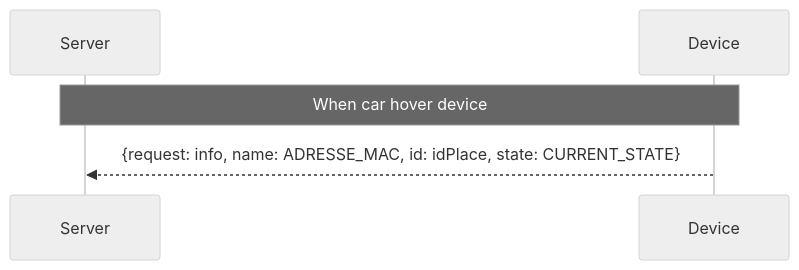
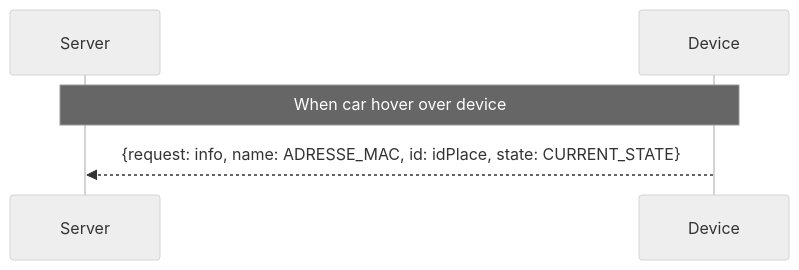
Before and after one commit to katheleligaf/rio203-sensors: the fourth of 6 diagrams in README.md, drawn with Mermaid (neutral theme). The commit also changed other lines of this file, not shown here.

````diff
--- a/README.md
+++ b/README.md
@@ -35,5 +35,5 @@
 ```mermaid
 sequenceDiagram
-    Note over Server,Device: When car hover device
+    Note over Server,Device: When car hover over device
     Device -->> Server: {request: info, name: ADRESSE_MAC, id: idPlace, state: CURRENT_STATE}
 ```
````
